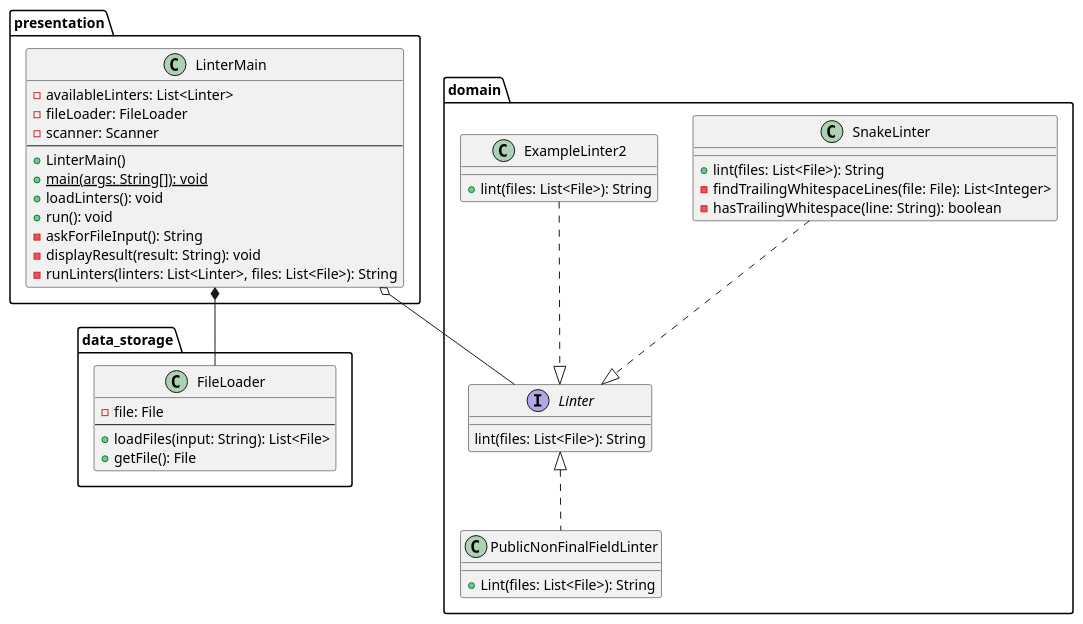
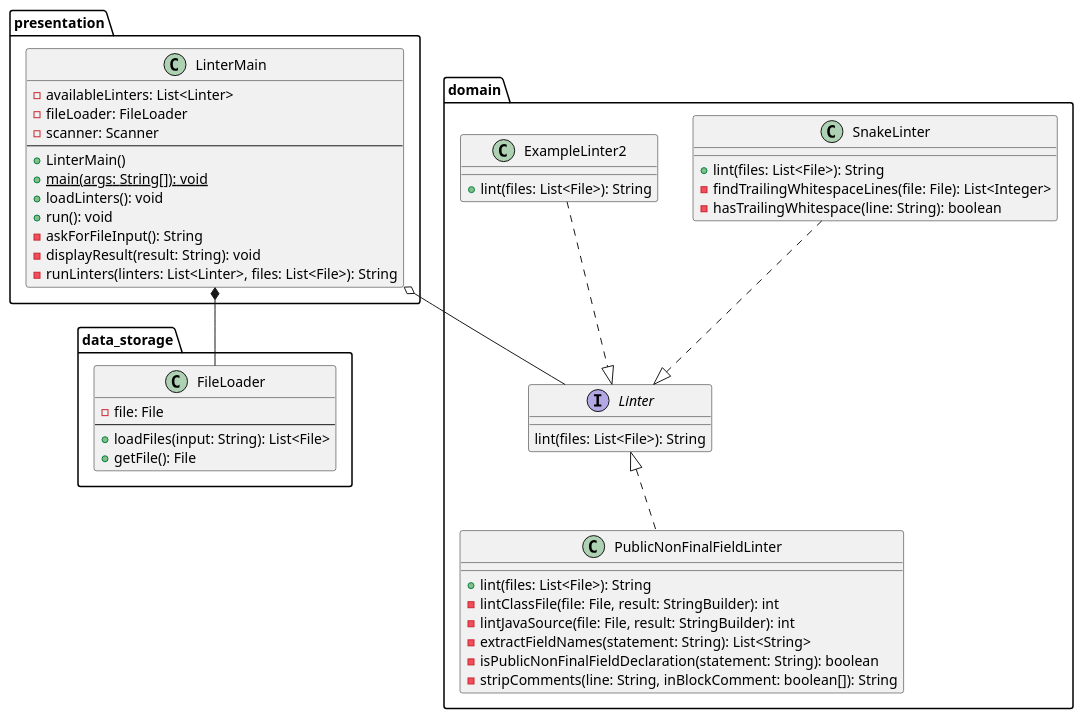
The diagram in current.puml (rhit-medleymc/CSSE374-Linter-Project), drawn with PlantUML before and after one commit.

Commit message:
full puml design for the nonfinalfield linter

```diff
--- a/current.puml
+++ b/current.puml
@@ -6,51 +6,56 @@
 @startuml
 package data_storage{
   class FileLoader {
     -file: File
     --
     +loadFiles(input: String): List<File>
     +getFile(): File
   }
 }
 
 package domain{
   class SnakeLinter {
     +lint(files: List<File>): String
     -findTrailingWhitespaceLines(file: File): List<Integer>
     -hasTrailingWhitespace(line: String): boolean
   }
 
   class PublicNonFinalFieldLinter implements Linter{
-            +Lint(files: List<File>): String
-        }
+    +lint(files: List<File>): String
+    -lintClassFile(file: File, result: StringBuilder): int
+    -lintJavaSource(file: File, result: StringBuilder): int
+    -extractFieldNames(statement: String): List<String>
+    -isPublicNonFinalFieldDeclaration(statement: String): boolean
+    -stripComments(line: String, inBlockComment: boolean[]): String
+  }
 
   class ExampleLinter2 {
     +lint(files: List<File>): String
   }
 
   interface Linter {
     lint(files: List<File>): String
   }
 }
 
 package presentation{
   class LinterMain {
     -availableLinters: List<Linter>
     -fileLoader: FileLoader
     -scanner: Scanner
     --
     +LinterMain()
     +{static} main(args: String[]): void
     +loadLinters(): void
     +run(): void
     -askForFileInput(): String
     -displayResult(result: String): void
     -runLinters(linters: List<Linter>, files: List<File>): String
   }
 }
 
 SnakeLinter ..|> Linter
 ExampleLinter2 ..|> Linter
 LinterMain o-- Linter
 LinterMain *-- FileLoader
 @enduml
```
